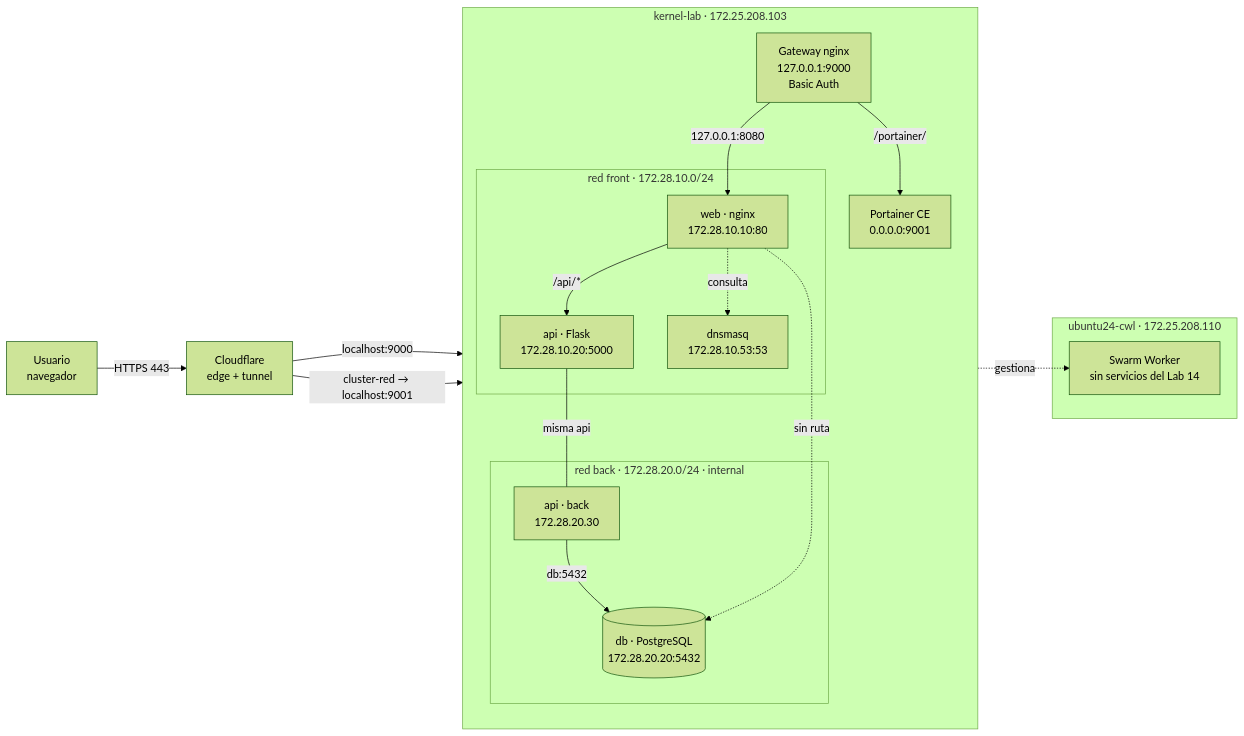
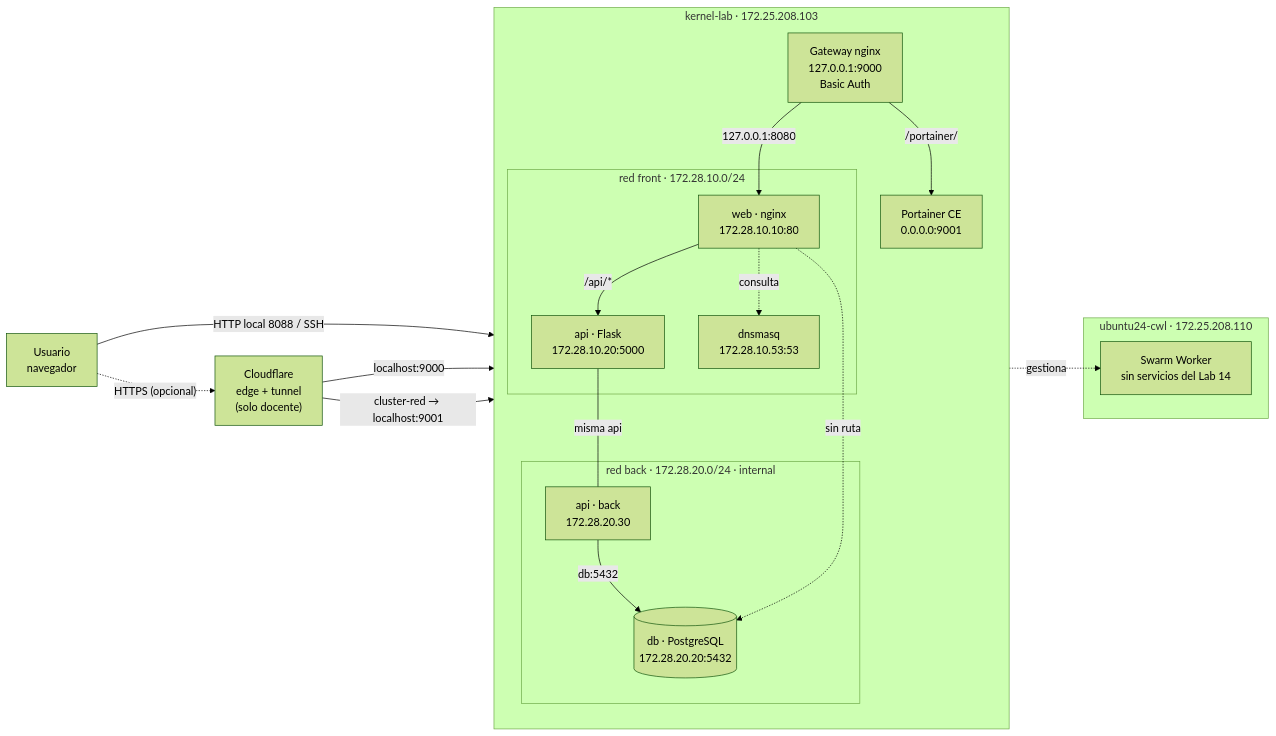
One commit to isaca0315/docker-cluster-redes changed the first of 2 diagrams in docs/01-arquitectura.md. Above: the diagram before and after it, drawn with Mermaid (forest theme). The commit also changed other lines of this file and 11 other files, not shown here.

Commit message:
docs: marcar Cloudflare Tunnel como opcional

````diff
--- a/docs/01-arquitectura.md
+++ b/docs/01-arquitectura.md
@@ -12,34 +13,35 @@
 ```mermaid
 flowchart LR
-    U["Usuario<br/>navegador"] -->|"HTTPS 443"| CF["Cloudflare<br/>edge + tunnel"]
+    U["Usuario<br/>navegador"] -->|"HTTP local 8088 / SSH"| GW
+    U -.->|"HTTPS (opcional)"| CF["Cloudflare<br/>edge + tunnel<br/>(solo docente)"]
 
     subgraph HOST["kernel-lab · 172.25.208.103"]
         direction TB
         GW["Gateway nginx<br/>127.0.0.1:9000<br/>Basic Auth"]
         PT["Portainer CE<br/>0.0.0.0:9001"]
         subgraph FRONT["red front · 172.28.10.0/24"]
             WEB["web · nginx<br/>172.28.10.10:80"]
             API["api · Flask<br/>172.28.10.20:5000"]
             DNS["dnsmasq<br/>172.28.10.53:53"]
         end
         subgraph BACK["red back · 172.28.20.0/24 · internal"]
             API2["api · back<br/>172.28.20.30"]
             DB[("db · PostgreSQL<br/>172.28.20.20:5432")]
         end
         API ---|"misma api"| API2
     end
 
     subgraph WORKER["ubuntu24-cwl · 172.25.208.110"]
         WN["Swarm Worker<br/>sin servicios del Lab 14"]
     end
 
     CF -->|"localhost:9000"| GW
     CF -->|"cluster-red → localhost:9001"| PT
     GW -->|"127.0.0.1:8080"| WEB
     GW -->|"/portainer/"| PT
     WEB -->|"/api/*"| API
     API2 -->|"db:5432"| DB
     WEB -. "sin ruta" .-> DB
     PT -. "gestiona" .-> WN
     WEB -. "consulta" .-> DNS
 ```
````
